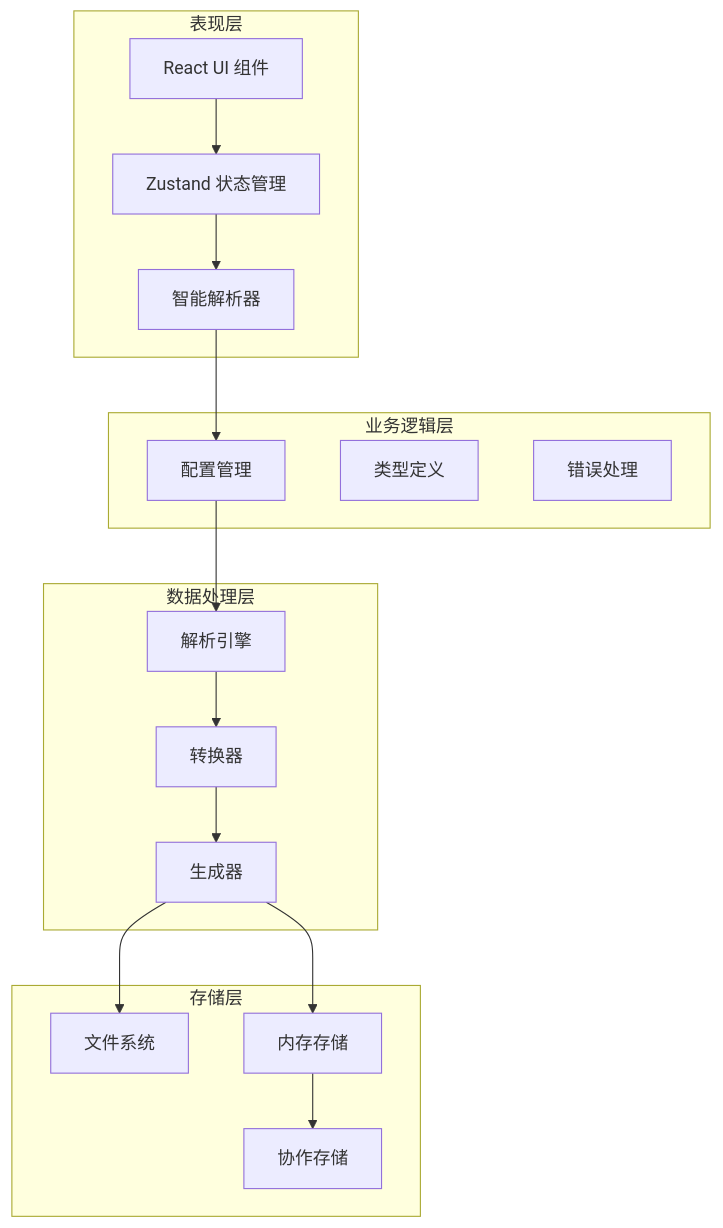
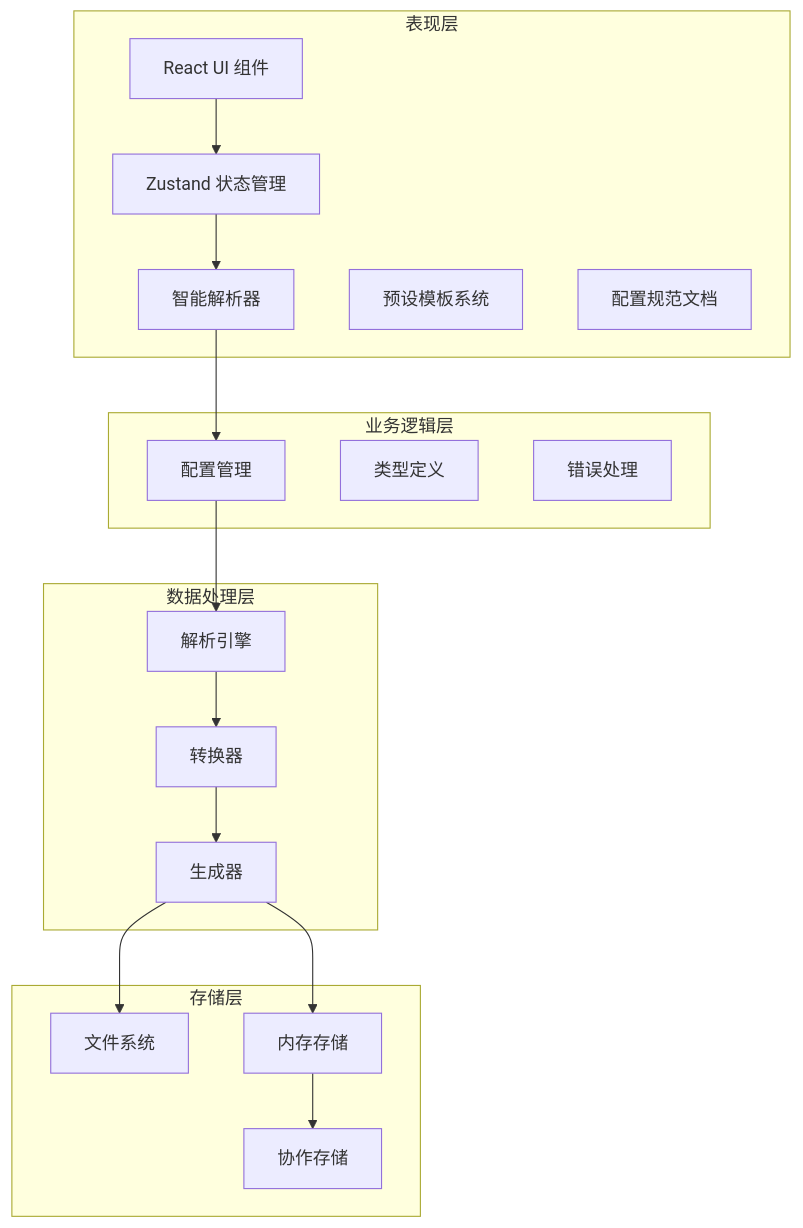
One commit to wanwushelie/markdown-to-word-studio changed the fourth of 10 diagrams in .lingma/repowiki/zh/content/用户指南/配置系统/智能配置导入系统.md. Above: the diagram before and after it, drawn with Mermaid. The commit also changed other lines of this file and 21 other files, not shown here.

````diff
--- a/.lingma/repowiki/zh/content/用户指南/配置系统/智能配置导入系统.md
+++ b/.lingma/repowiki/zh/content/用户指南/配置系统/智能配置导入系统.md
@@ -183,32 +206,34 @@
 ```mermaid
 graph TB
 subgraph "表现层"
 UI[React UI 组件]
 Store[Zustand 状态管理]
 Parser[智能解析器]
+Template[预设模板系统]
+Spec[配置规范文档]
 end
 subgraph "业务逻辑层"
 Config[配置管理]
 Types[类型定义]
 Errors[错误处理]
 end
 subgraph "数据处理层"
 ParserEngine[解析引擎]
 Transformer[转换器]
 Generator[生成器]
 end
 subgraph "存储层"
 FS[文件系统]
 Memory[内存存储]
 WOPI[协作存储]
 end
 UI --> Store
 Store --> Parser
 Parser --> Config
 Config --> ParserEngine
 ParserEngine --> Transformer
 Transformer --> Generator
 Generator --> FS
 Generator --> Memory
 Memory --> WOPI
 ```
````
